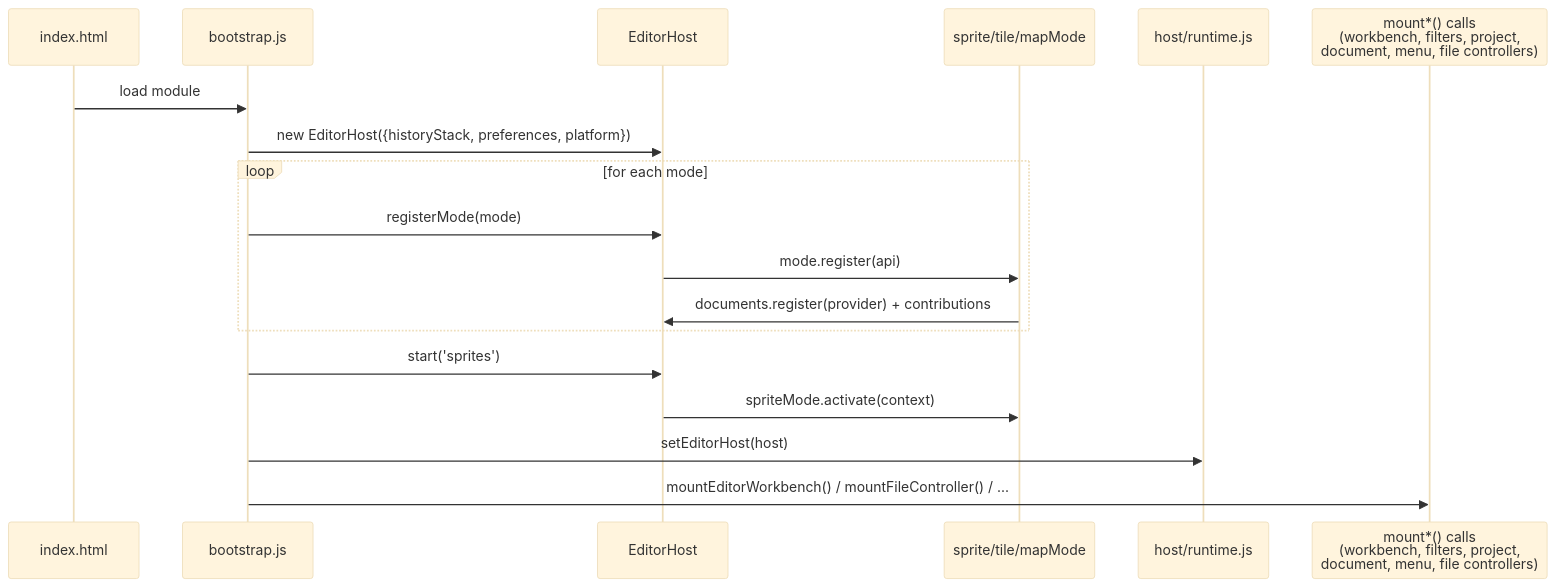
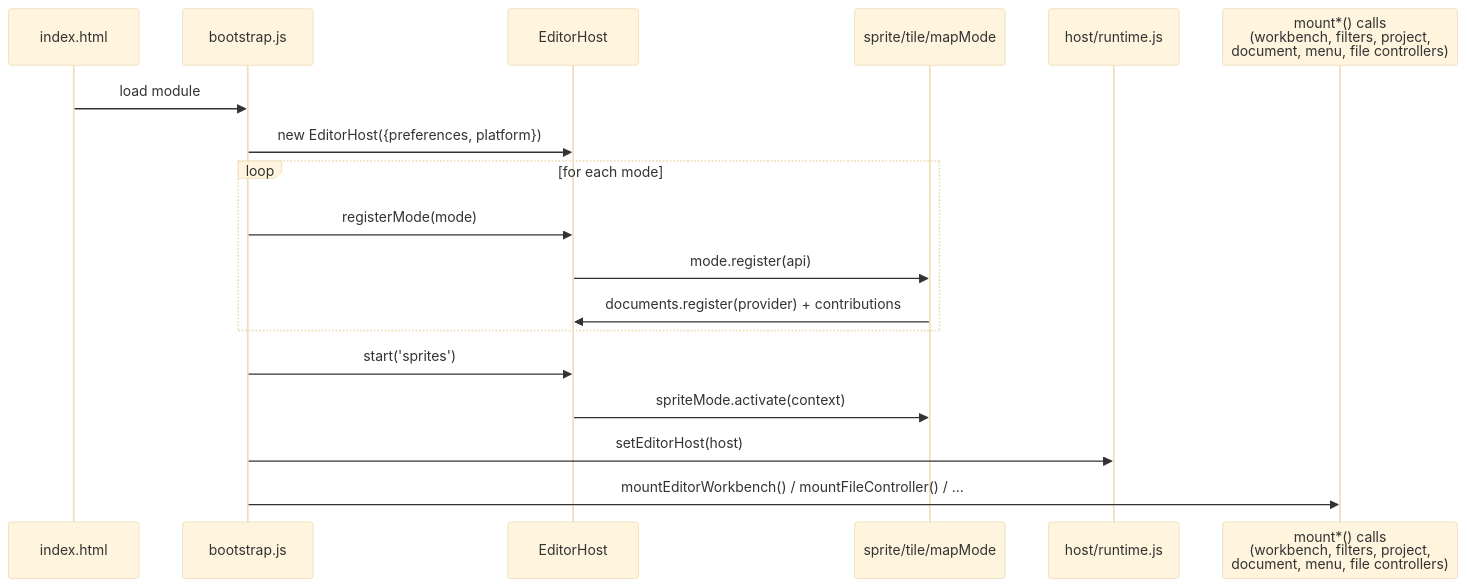
The second of 4 diagrams in docs/ARCHITECTURE.md (kiforsbe/pixelartist), drawn with Mermaid (base theme) before and after one commit. The commit also changed other lines of this file, not shown here.

Commit message:
docs: record architecture migration status and follow-ups

````diff
--- a/docs/ARCHITECTURE.md
+++ b/docs/ARCHITECTURE.md
@@ -102,21 +134,21 @@
 ```mermaid
 sequenceDiagram
     participant HTML as index.html
     participant Boot as bootstrap.js
     participant Host as EditorHost
     participant Modes as sprite/tile/mapMode
     participant Runtime as host/runtime.js
     participant Mounts as mount*() calls<br/>(workbench, filters, project,<br/>document, menu, file controllers)
 
     HTML->>Boot: load module
-    Boot->>Host: new EditorHost({historyStack, preferences, platform})
+    Boot->>Host: new EditorHost({preferences, platform})
     loop for each mode
         Boot->>Host: registerMode(mode)
         Host->>Modes: mode.register(api)
         Modes->>Host: documents.register(provider) + contributions
     end
     Boot->>Host: start('sprites')
     Host->>Modes: spriteMode.activate(context)
     Boot->>Runtime: setEditorHost(host)
     Boot->>Mounts: mountEditorWorkbench() / mountFileController() / ...
 ```
````
